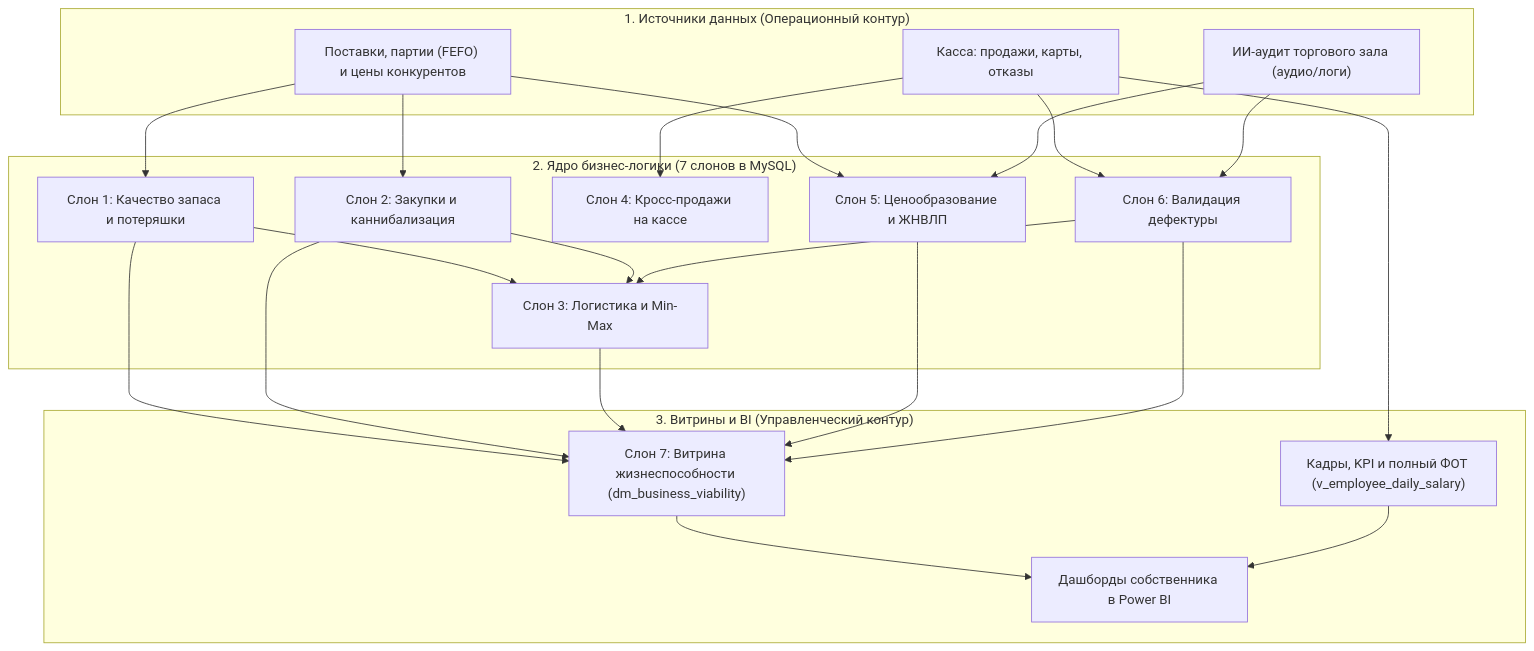
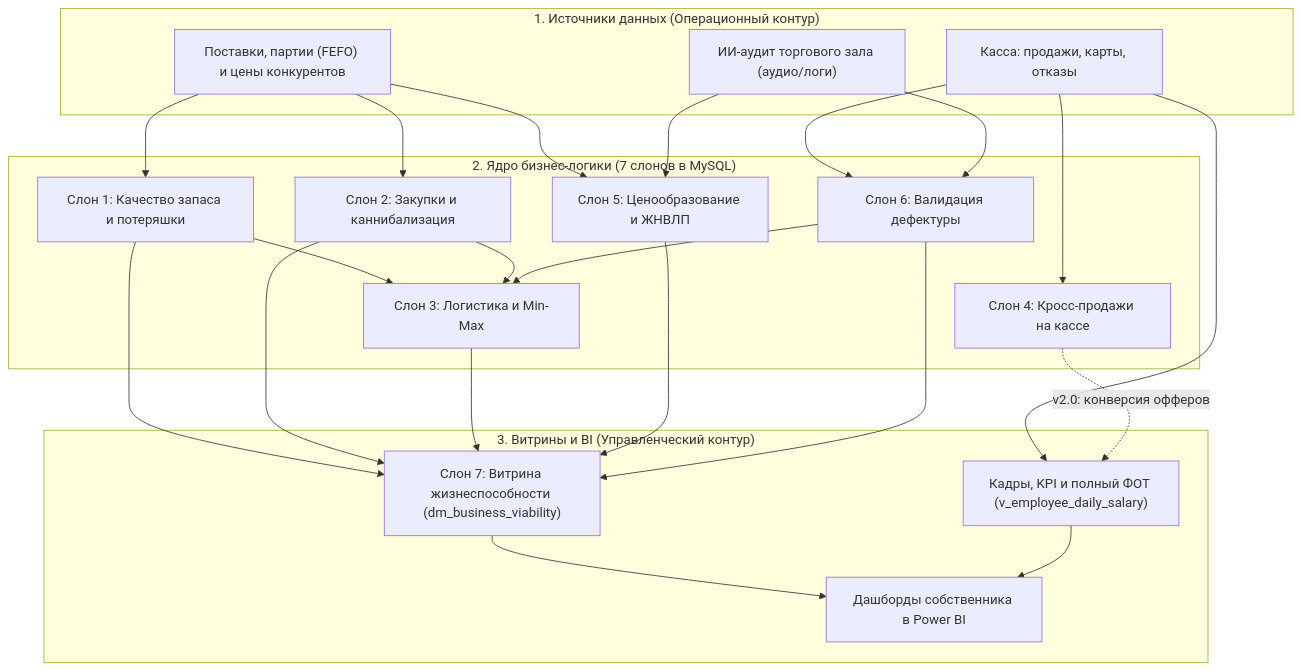
One commit to vladbatalov/pharm_pentagon changed the first of 2 diagrams in README.md. Above: the diagram before and after it, drawn with Mermaid. The commit also changed other lines of this file, not shown here.

````diff
--- a/README.md
+++ b/README.md
@@ -67,31 +67,32 @@
 ```mermaid
 flowchart TD
     subgraph Sources ["1. Источники данных (Операционный контур)"]
         POS["Касса: продажи, карты, отказы"]
         SUP["Поставки, партии (FEFO) и цены конкурентов"]
         AI["ИИ-аудит торгового зала (аудио/логи)"]
     end
 
     subgraph Core ["2. Ядро бизнес-логики (7 слонов в MySQL)"]
         E1["Слон 1: Качество запаса и потеряшки"]
         E2["Слон 2: Закупки и каннибализация"]
         E3["Слон 3: Логистика и Min-Max"]
         E4["Слон 4: Кросс-продажи на кассе"]
         E5["Слон 5: Ценообразование и ЖНВЛП"]
         E6["Слон 6: Валидация дефектуры"]
     end
 
     subgraph DWH ["3. Витрины и BI (Управленческий контур)"]
         E7["Слон 7: Витрина жизнеспособности (dm_business_viability)"]
         HR["Кадры, KPI и полный ФОТ (v_employee_daily_salary)"]
         BI["Дашборды собственника в Power BI"]
     end
 
     POS --> E4 & E6 & HR
     SUP --> E1 & E2 & E5
     AI --> E6 & E5
 
     E1 & E2 & E6 --> E3
     E1 & E2 & E3 & E5 & E6 --> E7
     E7 & HR --> BI
+    E4 -.->|"v2.0: конверсия офферов"| HR
 ```
````
